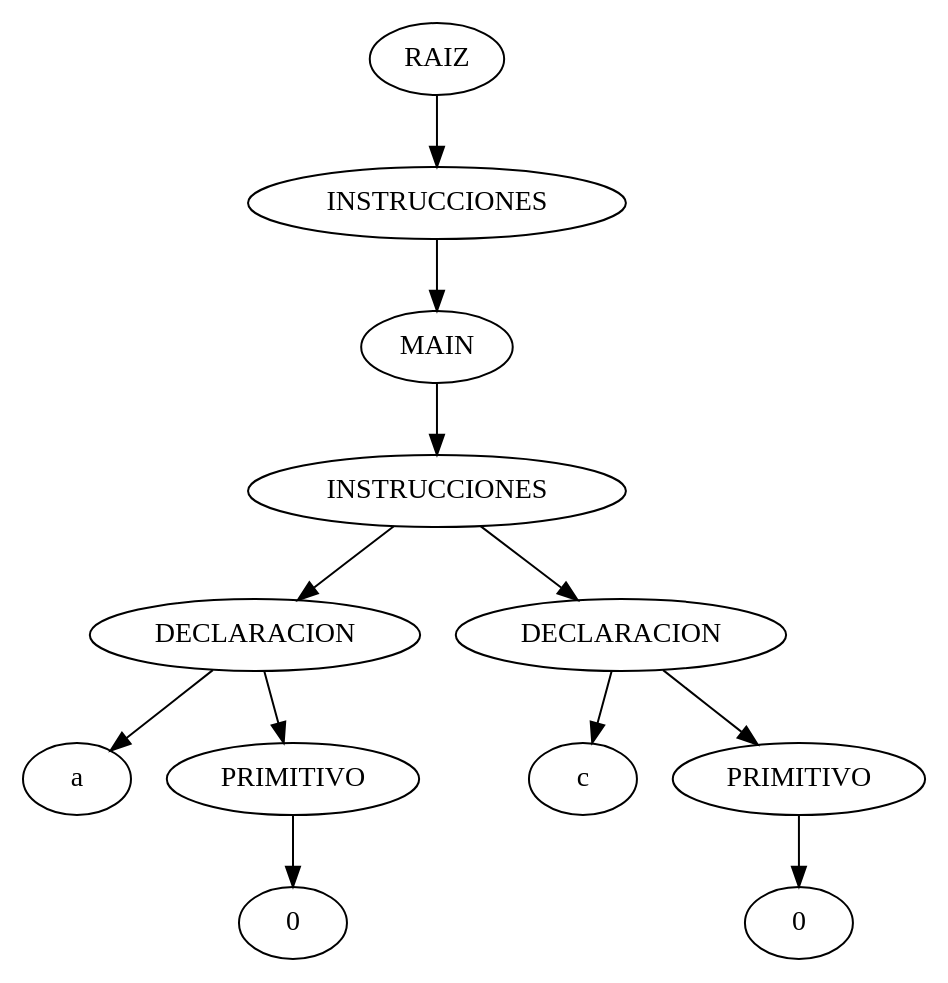
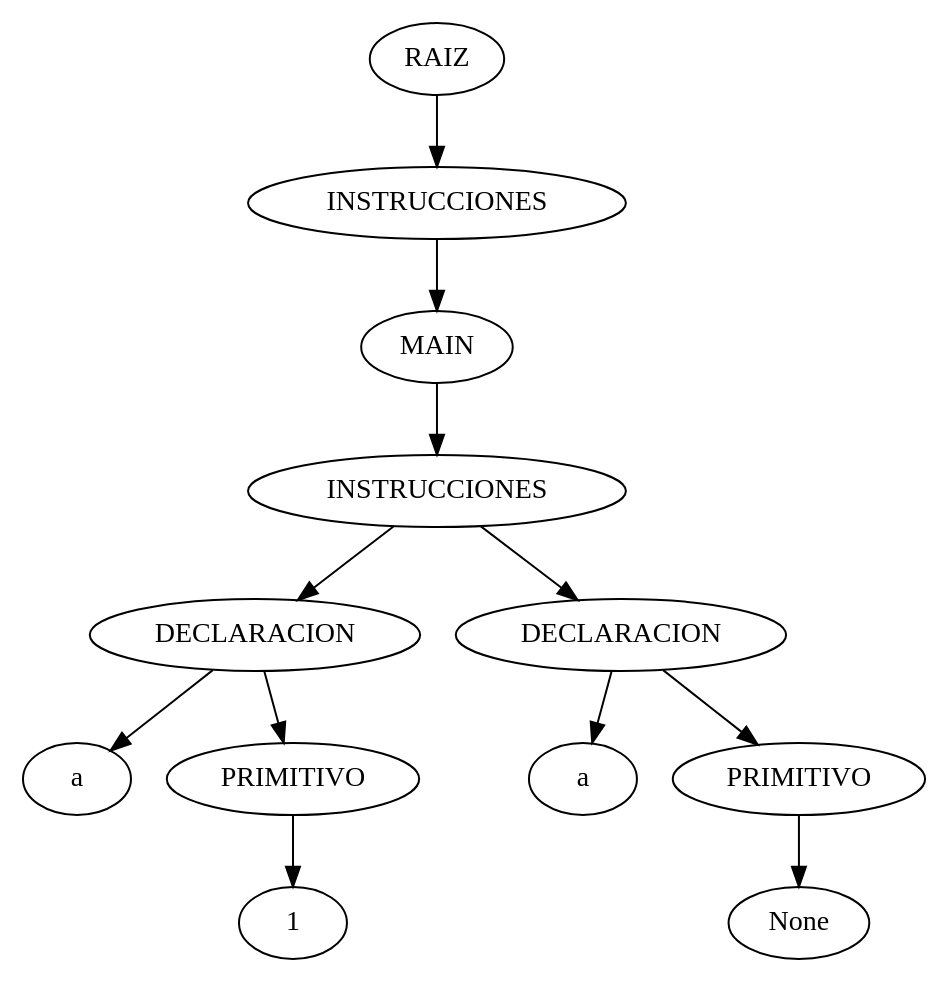
Before and after one commit to diemorales96/OLC1_Proyecto_201503958: the diagram in OLC1_201503958_Proyecto1/ast.dot, drawn with Graphviz. The commit also changed 15 other files, not shown here.

```diff
--- a/OLC1_201503958_Proyecto1/ast.dot
+++ b/OLC1_201503958_Proyecto1/ast.dot
@@ -1,25 +1,25 @@
 digraph {
 n0[label="RAIZ"];
 n1[label="INSTRUCCIONES"];
 n0->n1;
 n2[label="MAIN"];
 n1->n2;
 n3[label="INSTRUCCIONES"];
 n2->n3;
 n4[label="DECLARACION"];
 n3->n4;
 n5[label="a"];
 n4->n5;
 n6[label="PRIMITIVO"];
 n4->n6;
-n7[label="0"];
+n7[label="1"];
 n6->n7;
 n8[label="DECLARACION"];
 n3->n8;
-n9[label="c"];
+n9[label="a"];
 n8->n9;
 n10[label="PRIMITIVO"];
 n8->n10;
-n11[label="0"];
+n11[label="None"];
 n10->n11;
 }
```
